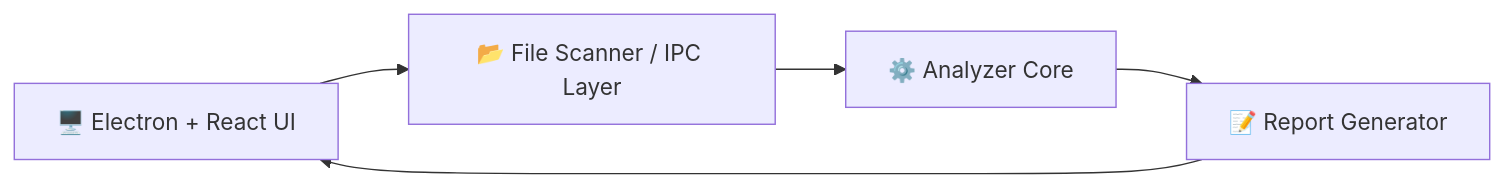
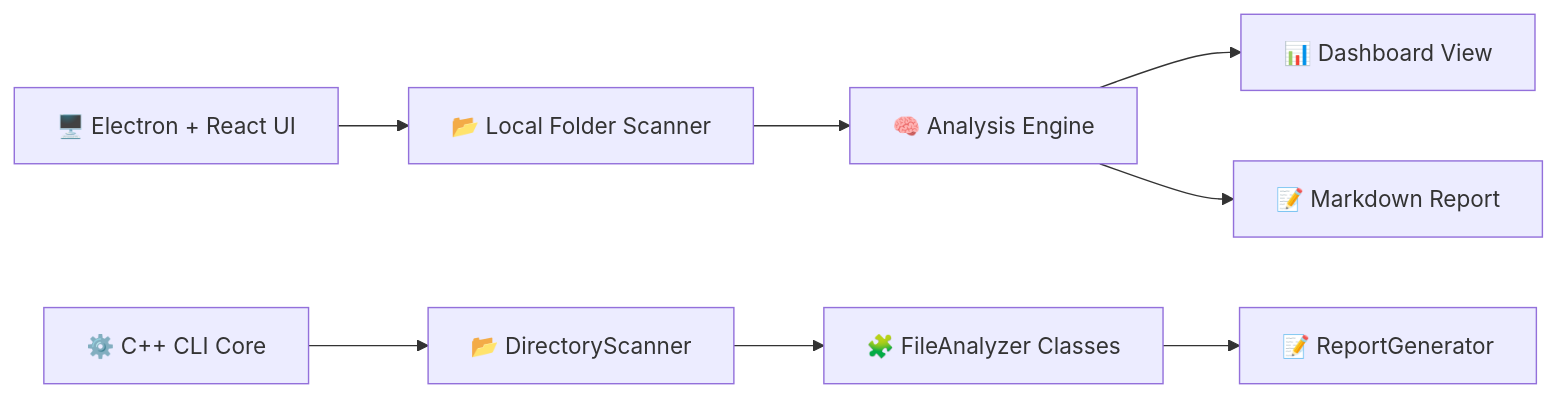
Before and after one commit to ThanhNguyn/Codebase-Analyzer: the second of 3 diagrams in README.md, drawn with Mermaid. The commit also changed other lines of this file, not shown here.

````diff
--- a/README.md
+++ b/README.md
@@ -73,7 +330,11 @@
 ```mermaid
 flowchart LR
-    UI[🖥️ Electron + React UI] --> Scanner[📂 File Scanner / IPC Layer]
-    Scanner --> Core[⚙️ Analyzer Core]
-    Core --> Report[📝 Report Generator]
-    Report --> UI
+    UI[🖥️ Electron + React UI] --> LocalScan[📂 Local Folder Scanner]
+    LocalScan --> Analysis[🧠 Analysis Engine]
+    Analysis --> Dashboard[📊 Dashboard View]
+    Analysis --> Report[📝 Markdown Report]
+
+    CLI[⚙️ C++ CLI Core] --> Scanner[📂 DirectoryScanner]
+    Scanner --> Analyzer[🧩 FileAnalyzer Classes]
+    Analyzer --> CLIReport[📝 ReportGenerator]
 ```
````
